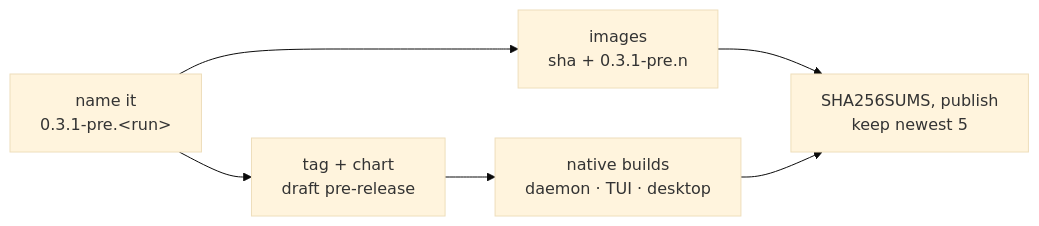
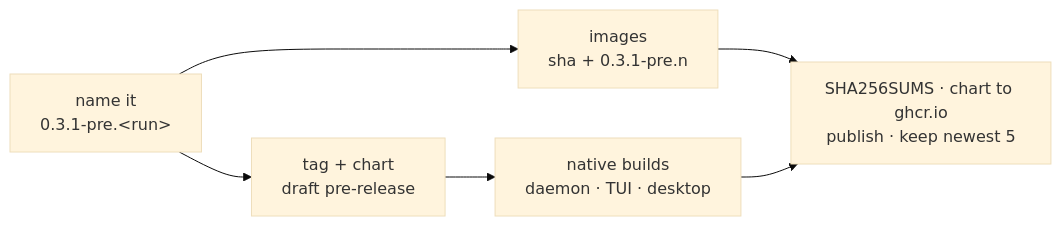
Before and after one commit to it-minds/troupe: the third of 4 diagrams in .github/CI.md, drawn with Mermaid (base theme). The commit also changed other lines of this file and 20 other files, not shown here.

First line of the commit message:
A release publishes its images and chart to ghcr.io and deploys nothing

````diff
--- a/.github/CI.md
+++ b/.github/CI.md
@@ -63,6 +75,6 @@
 ```mermaid
 flowchart LR
   plan["name it<br/>0.3.1-pre.&lt;run&gt;"] --> images["images<br/>sha + 0.3.1-pre.n"]
   plan --> draft["tag + chart<br/>draft pre-release"] --> native["native builds<br/>daemon · TUI · desktop"]
-  images & native --> publish["SHA256SUMS, publish<br/>keep newest 5"]
+  images & native --> publish["SHA256SUMS · chart to ghcr.io<br/>publish · keep newest 5"]
 ```
````
